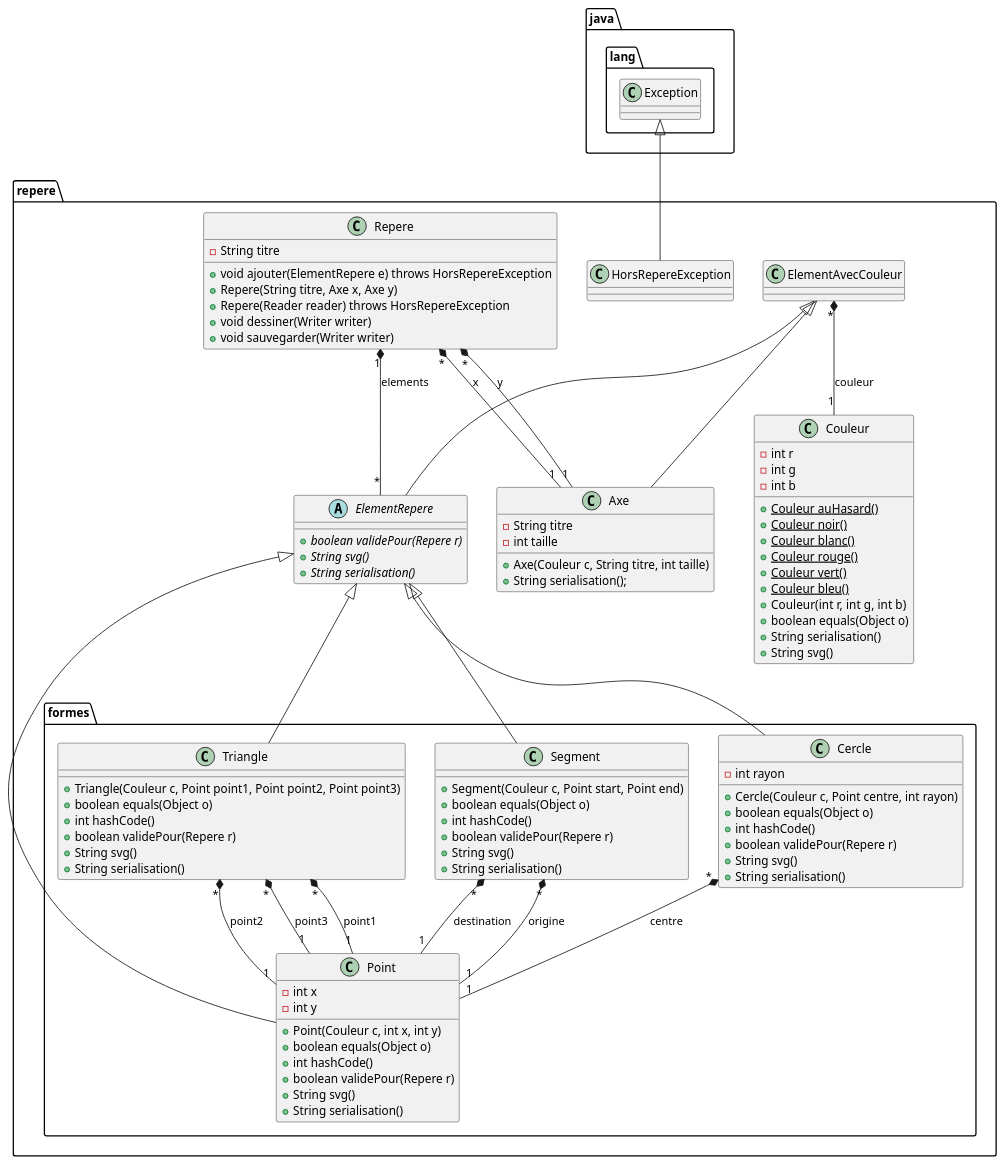
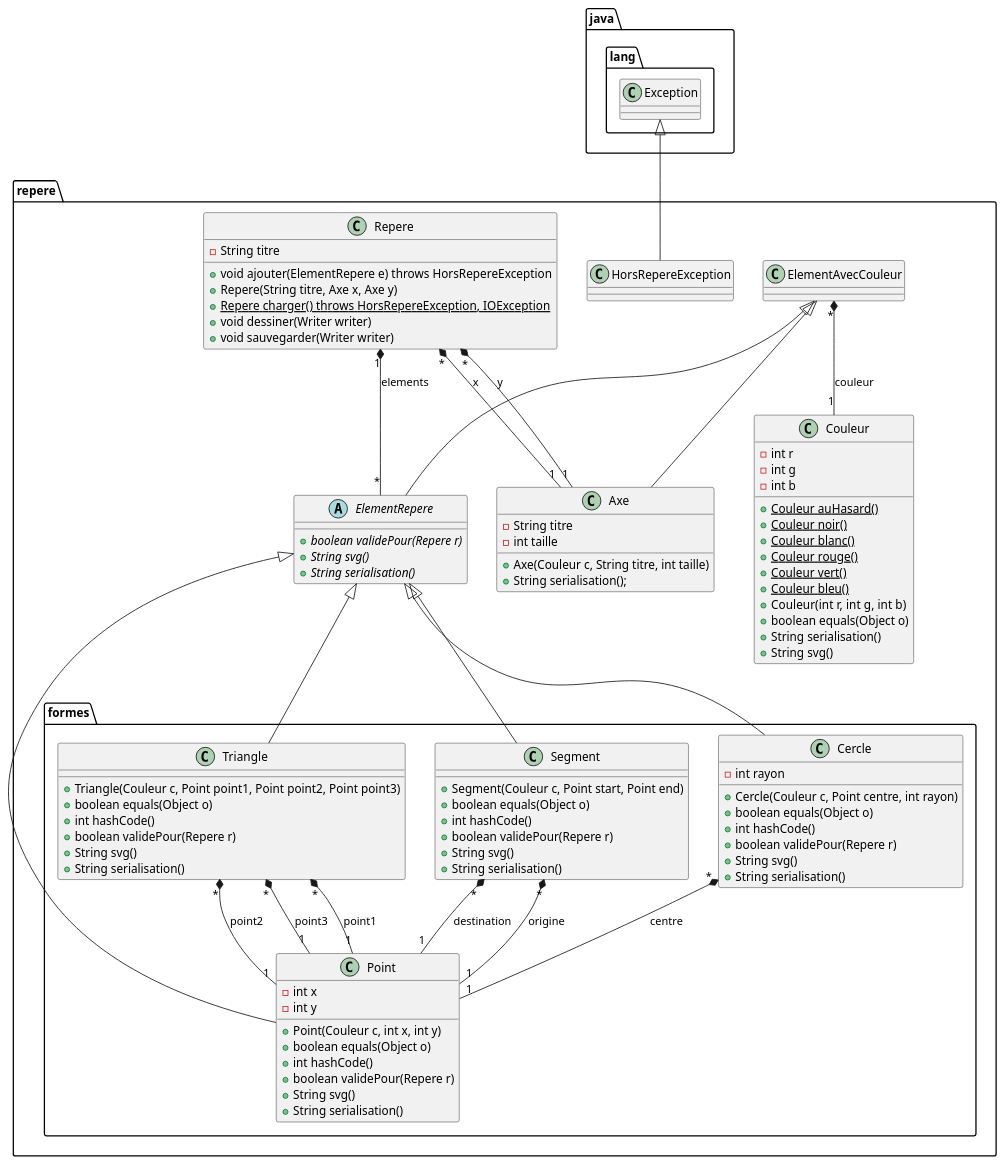
Before and after one commit to EnseirbTelecom/pg220-official: the diagram in tp2/doc/design.puml, drawn with PlantUML. The commit also changed 3 other files, not shown here.

```diff
--- a/tp2/doc/design.puml
+++ b/tp2/doc/design.puml
@@ -1,113 +1,113 @@
 @startuml design.png
 package java.lang {
 
 class Exception {
 }
 
 }
 
 package repere {
 
 abstract class ElementRepere {
 + {abstract} boolean validePour(Repere r)
 + {abstract} String svg()
 + {abstract} String serialisation()
 }
 
 ElementAvecCouleur <|-- Axe
 ElementAvecCouleur <|-- ElementRepere
 ElementAvecCouleur "*" *-- "1" Couleur : couleur
 
 class Couleur {
 - int r
 - int g
 - int b
 + {static} Couleur auHasard()
 + {static} Couleur noir()
 + {static} Couleur blanc()
 + {static} Couleur rouge()
 + {static} Couleur vert()
 + {static} Couleur bleu()
 + Couleur(int r, int g, int b)
 + boolean equals(Object o)
 + String serialisation()
 + String svg()
 }
 
 Exception <|-- HorsRepereException
 
 class Axe {
 - String titre
 - int taille
 + Axe(Couleur c, String titre, int taille)
 + String serialisation();
 }
 
 class Repere {
 - String titre
 + void ajouter(ElementRepere e) throws HorsRepereException
 + Repere(String titre, Axe x, Axe y)
-+ Repere(Reader reader) throws HorsRepereException
++ {static} Repere charger() throws HorsRepereException, IOException
 + void dessiner(Writer writer)
 + void sauvegarder(Writer writer)
 }
 
 Repere "*" *-- "1" Axe : x
 Repere "*" *-- "1" Axe : y
 Repere "1" *-- "*" ElementRepere : elements
 
 }
 
 package repere.formes {
 
 ElementRepere <|-- Segment
 Segment "*" *-- "1" Point : origine
 Segment "*" *-- "1" Point : destination
 class Segment {
 + Segment(Couleur c, Point start, Point end)
 + boolean equals(Object o)
 + int hashCode()
 + boolean validePour(Repere r)
 + String svg()
 + String serialisation()
 }
 
 ElementRepere <|-- Point
 class Point {
 - int x
 - int y
 + Point(Couleur c, int x, int y)
 + boolean equals(Object o)
 + int hashCode()
 + boolean validePour(Repere r)
 + String svg()
 + String serialisation()
 }
 
 ElementRepere <|-- Cercle
 Cercle "*" *-- "1" Point : centre
 class Cercle {
 - int rayon
 + Cercle(Couleur c, Point centre, int rayon)
 + boolean equals(Object o)
 + int hashCode()
 + boolean validePour(Repere r)
 + String svg()
 + String serialisation()
 }
 
 ElementRepere <|-- Triangle
 Triangle "*" *-- "1" Point : point1
 Triangle "*" *-- "1" Point : point2
 Triangle "*" *-- "1" Point : point3
 class Triangle {
 + Triangle(Couleur c, Point point1, Point point2, Point point3)
 + boolean equals(Object o)
 + int hashCode()
 + boolean validePour(Repere r)
 + String svg()
 + String serialisation()
 }
 
 }
 @enduml
```
